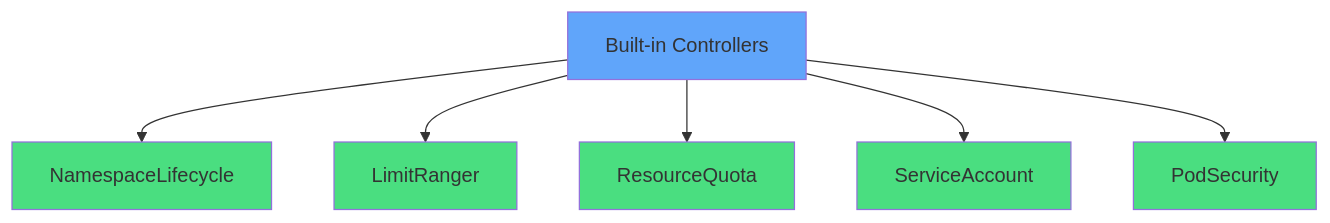
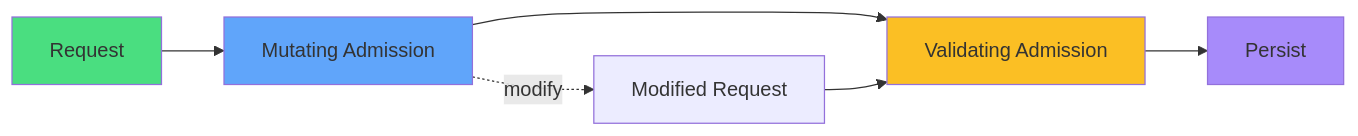
Before and after one commit to courselabs/kubernetes: the second of 8 diagrams in slides/admission/slides.md, drawn with Mermaid. The commit also changed other lines of this file and 7 other files, not shown here.

````diff
--- a/slides/admission/slides.md
+++ b/slides/admission/slides.md
@@ -95,15 +66,12 @@
 ```mermaid
-graph TB
-    A[Built-in Controllers]
-    A --> N[NamespaceLifecycle]
-    A --> L[LimitRanger]
-    A --> R[ResourceQuota]
-    A --> S[ServiceAccount]
-    A --> P[PodSecurity]
-    style A fill:#60a5fa
-    style N fill:#4ade80
-    style L fill:#4ade80
+graph LR
+    R[Request] --> M[Mutating Admission]
+    M --> V[Validating Admission]
+    V --> P[Persist]
+    M -.modify.-> R2[Modified Request]
+    R2 --> V
     style R fill:#4ade80
-    style S fill:#4ade80
-    style P fill:#4ade80
+    style M fill:#60a5fa
+    style V fill:#fbbf24
+    style P fill:#a78bfa
 ```
````
